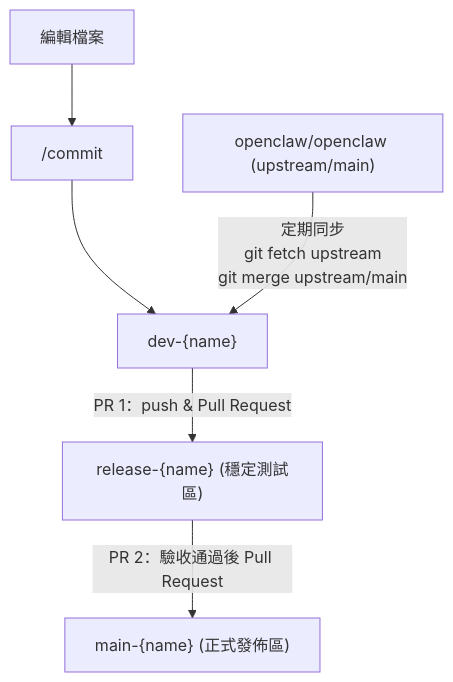
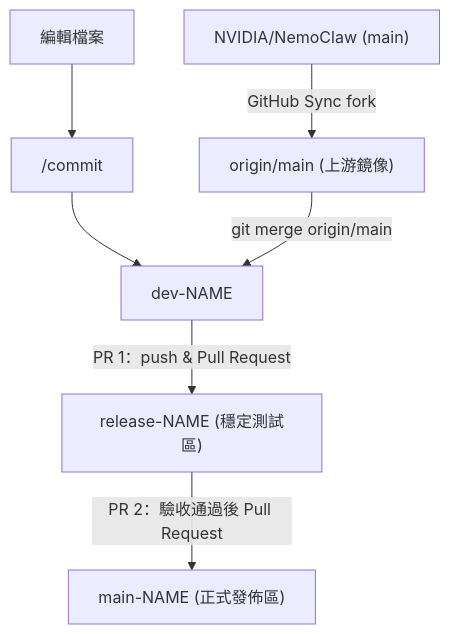
Before and after one commit to BEYEH/nemoclaw: the diagram in README.md, drawn with Mermaid. The commit also changed other lines of this file, not shown here.

First line of the commit message:
docs: correct fork source and sync workflow in Contribute section

````diff
--- a/README.md
+++ b/README.md
@@ -22,11 +21,13 @@
 ```mermaid
 flowchart TD
-    U["openclaw/openclaw (upstream/main)"]
-    D["dev-{name}"]
-    R["release-{name} (穩定測試區)"]
-    M["main-{name} (正式發佈區)"]
+    U["NVIDIA/NemoClaw (main)"]
+    OM["origin/main (上游鏡像)"]
+    D["dev-NAME"]
+    R["release-NAME (穩定測試區)"]
+    M["main-NAME (正式發佈區)"]
     A["編輯檔案"] --> B["/commit"] --> D
-    U -->|"定期同步\ngit fetch upstream\ngit merge upstream/main"| D
+    U -->|"GitHub Sync fork"| OM
+    OM -->|"git merge origin/main"| D
     D -->|"PR 1：push & Pull Request"| R
     R -->|"PR 2：驗收通過後 Pull Request"| M
 ```
````
